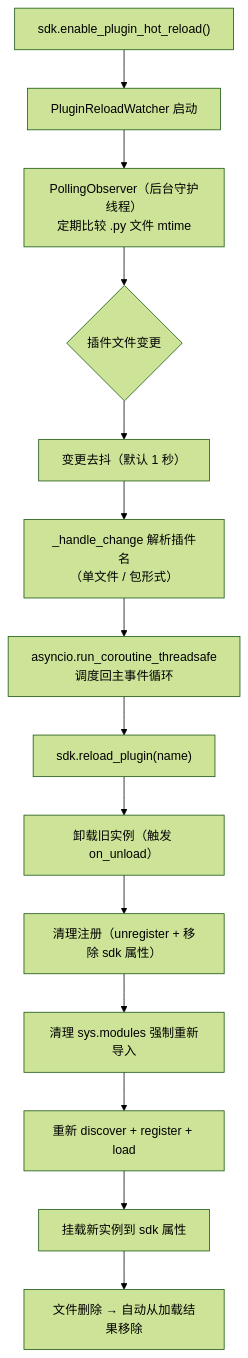
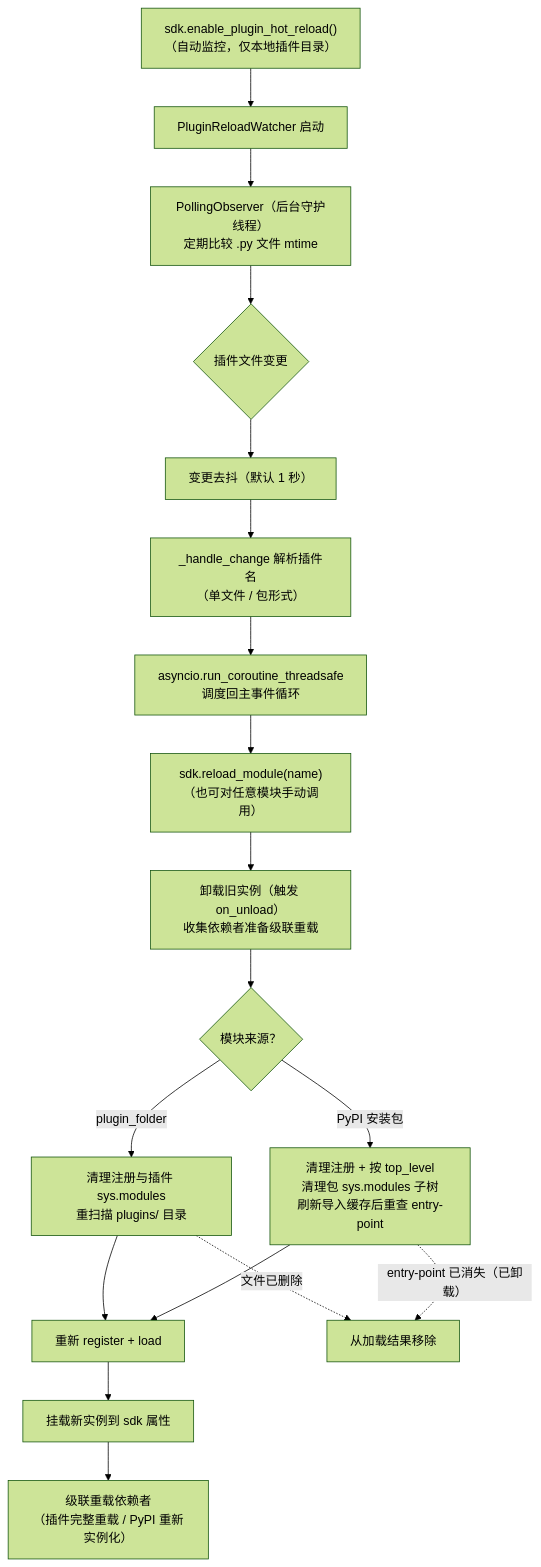
Before and after one commit to ErisPulse/ErisPulse: the ninth of 9 diagrams in docs/zh-CN/architecture.md, drawn with Mermaid (forest theme). The commit also changed other lines of this file and 27 other files, not shown here.

````diff
--- a/docs/zh-CN/architecture.md
+++ b/docs/zh-CN/architecture.md
@@ -283,16 +283,20 @@
 ```mermaid
 flowchart TD
-    A["sdk.enable_plugin_hot_reload()"] --> B["PluginReloadWatcher 启动"]
+    A["sdk.enable_plugin_hot_reload()<br/>（自动监控，仅本地插件目录）"] --> B["PluginReloadWatcher 启动"]
     B --> C["PollingObserver（后台守护线程）<br/>定期比较 .py 文件 mtime"]
     C --> D{"插件文件变更"}
     D --> E["变更去抖（默认 1 秒）"]
     E --> F["_handle_change 解析插件名<br/>（单文件 / 包形式）"]
     F --> G["asyncio.run_coroutine_threadsafe<br/>调度回主事件循环"]
-    G --> H["sdk.reload_plugin(name)"]
-    H --> I["卸载旧实例（触发 on_unload）"]
-    I --> J["清理注册（unregister + 移除 sdk 属性）"]
-    J --> K["清理 sys.modules 强制重新导入"]
-    K --> L["重新 discover + register + load"]
-    L --> M["挂载新实例到 sdk 属性"]
-    M --> N["文件删除 → 自动从加载结果移除"]
+    G --> H["sdk.reload_module(name)<br/>（也可对任意模块手动调用）"]
+    H --> I["卸载旧实例（触发 on_unload）<br/>收集依赖者准备级联重载"]
+    I --> J{"模块来源？"}
+    J -->|"plugin_folder"| K["清理注册与插件 sys.modules<br/>重扫描 plugins/ 目录"]
+    J -->|"PyPI 安装包"| L["清理注册 + 按 top_level<br/>清理包 sys.modules 子树<br/>刷新导入缓存后重查 entry-point"]
+    K --> M["重新 register + load"]
+    L --> M
+    M --> N["挂载新实例到 sdk 属性"]
+    N --> O["级联重载依赖者<br/>（插件完整重载 / PyPI 重新实例化）"]
+    K -.->|"文件已删除"| P["从加载结果移除"]
+    L -.->|"entry-point 已消失（已卸载）"| P
 ```
````
